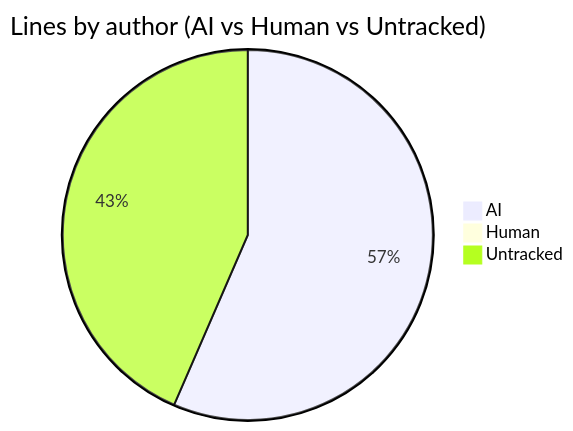
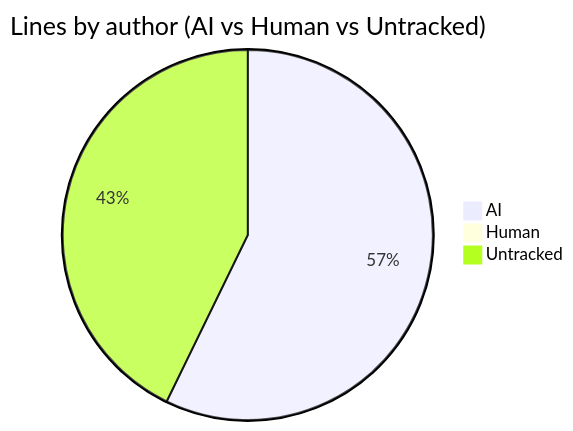
Before and after one commit to CaliMark/ai-authorship: the first of 2 diagrams in AI-AUTHORSHIP.md, drawn with Mermaid. The commit also changed other lines of this file and 1 other file, not shown here.

````diff
--- a/AI-AUTHORSHIP.md
+++ b/AI-AUTHORSHIP.md
@@ -19,6 +19,6 @@
 ```mermaid
 pie title Lines by author (AI vs Human vs Untracked)
-    "AI" : 2026
+    "AI" : 2085
     "Human" : 0
     "Untracked" : 1559
 ```
````
